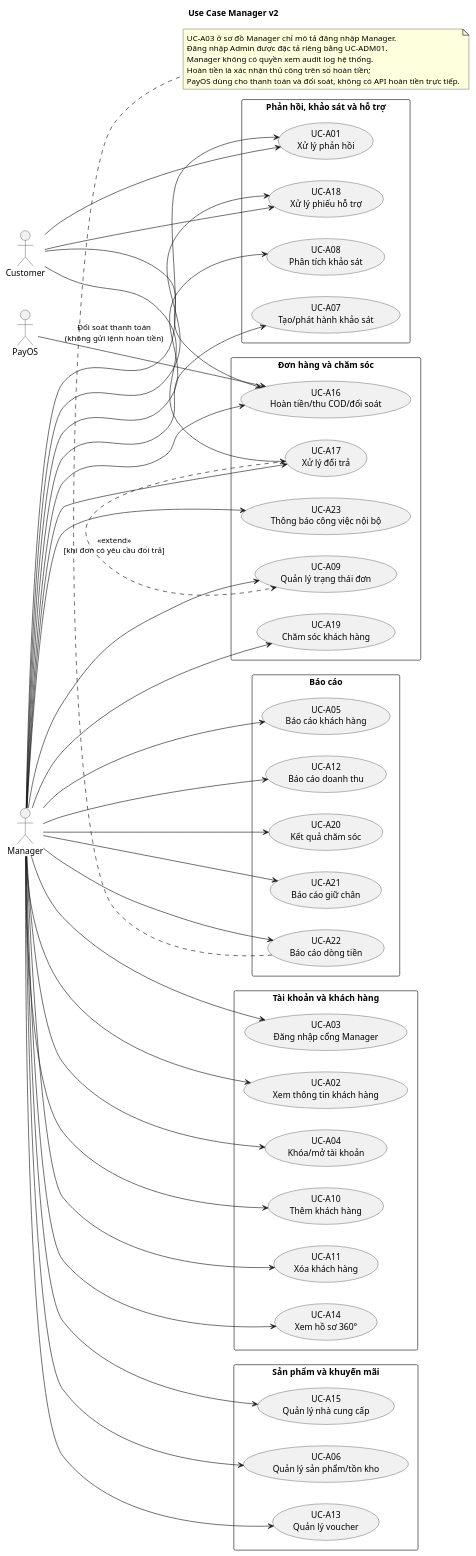
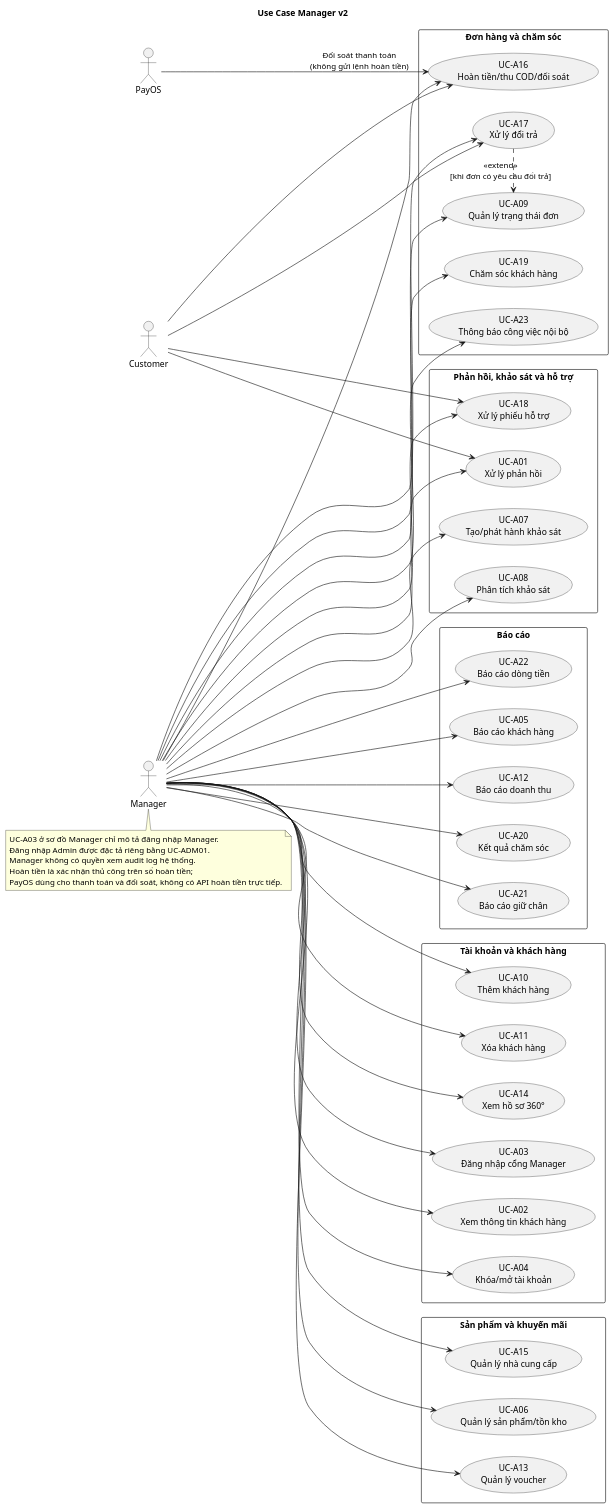
One commit to duygri/do-an-htttdn-crm changed the diagram in docs/use-cases/use-case-diagrams-manager-v2.puml. Above: the diagram before and after it, drawn with PlantUML. The commit also changed 20 other files, not shown here.

Commit message:
docs: correct CRM workflow diagrams and clarify PayOS auto-cancellation behavior

```diff
--- a/docs/use-cases/use-case-diagrams-manager-v2.puml
+++ b/docs/use-cases/use-case-diagrams-manager-v2.puml
@@ -1,78 +1,78 @@
 @startuml
 title Use Case Manager v2
 left to right direction
 skinparam packageStyle rectangle
 skinparam shadowing false
 actor Manager
 actor PayOS
 actor Customer
 package "Tài khoản và khách hàng" {
   usecase "UC-A03\nĐăng nhập cổng Manager" as MA03
   usecase "UC-A02\nXem thông tin khách hàng" as MA02
   usecase "UC-A04\nKhóa/mở tài khoản" as MA04
   usecase "UC-A10\nThêm khách hàng" as MA10
   usecase "UC-A11\nXóa khách hàng" as MA11
   usecase "UC-A14\nXem hồ sơ 360°" as MA14
 }
 package "Sản phẩm và khuyến mãi" {
   usecase "UC-A06\nQuản lý sản phẩm/tồn kho" as MA06
   usecase "UC-A13\nQuản lý voucher" as MA13
   usecase "UC-A15\nQuản lý nhà cung cấp" as MA15
 }
 package "Phản hồi, khảo sát và hỗ trợ" {
   usecase "UC-A01\nXử lý phản hồi" as MA01
   usecase "UC-A07\nTạo/phát hành khảo sát" as MA07
   usecase "UC-A08\nPhân tích khảo sát" as MA08
   usecase "UC-A18\nXử lý phiếu hỗ trợ" as MA18
 }
 package "Đơn hàng và chăm sóc" {
   usecase "UC-A09\nQuản lý trạng thái đơn" as MA09
   usecase "UC-A16\nHoàn tiền/thu COD/đối soát" as MA16
   usecase "UC-A17\nXử lý đổi trả" as MA17
   usecase "UC-A19\nChăm sóc khách hàng" as MA19
   usecase "UC-A23\nThông báo công việc nội bộ" as MA23
 }
 package "Báo cáo" {
   usecase "UC-A05\nBáo cáo khách hàng" as MA05
   usecase "UC-A12\nBáo cáo doanh thu" as MA12
   usecase "UC-A20\nKết quả chăm sóc" as MA20
   usecase "UC-A21\nBáo cáo giữ chân" as MA21
   usecase "UC-A22\nBáo cáo dòng tiền" as MA22
 }
 Manager --> MA01
 Manager --> MA02
 Manager --> MA03
 Manager --> MA04
 Manager --> MA05
 Manager --> MA06
 Manager --> MA07
 Manager --> MA08
 Manager --> MA09
 Manager --> MA10
 Manager --> MA11
 Manager --> MA12
 Manager --> MA13
 Manager --> MA14
 Manager --> MA15
 Manager --> MA16
 Manager --> MA17
 Manager --> MA18
 Manager --> MA19
 Manager --> MA20
 Manager --> MA21
 Manager --> MA22
 Manager --> MA23
 PayOS --> MA16 : Đối soát thanh toán\n(không gửi lệnh hoàn tiền)
 Customer --> MA01
 Customer --> MA16
 Customer --> MA17
 Customer --> MA18
 MA17 .> MA09 : <<extend>>\n[khi đơn có yêu cầu đổi trả]
-note bottom
+note bottom of Manager
 UC-A03 ở sơ đồ Manager chỉ mô tả đăng nhập Manager.
 Đăng nhập Admin được đặc tả riêng bằng UC-ADM01.
 Manager không có quyền xem audit log hệ thống.
 Hoàn tiền là xác nhận thủ công trên sổ hoàn tiền;
 PayOS dùng cho thanh toán và đối soát, không có API hoàn tiền trực tiếp.
 end note
 @enduml
```
